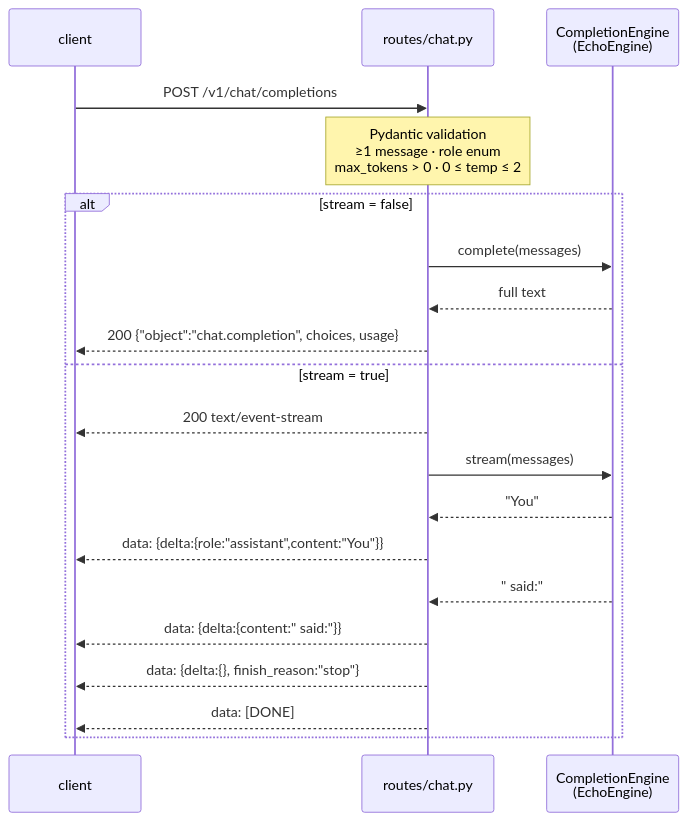
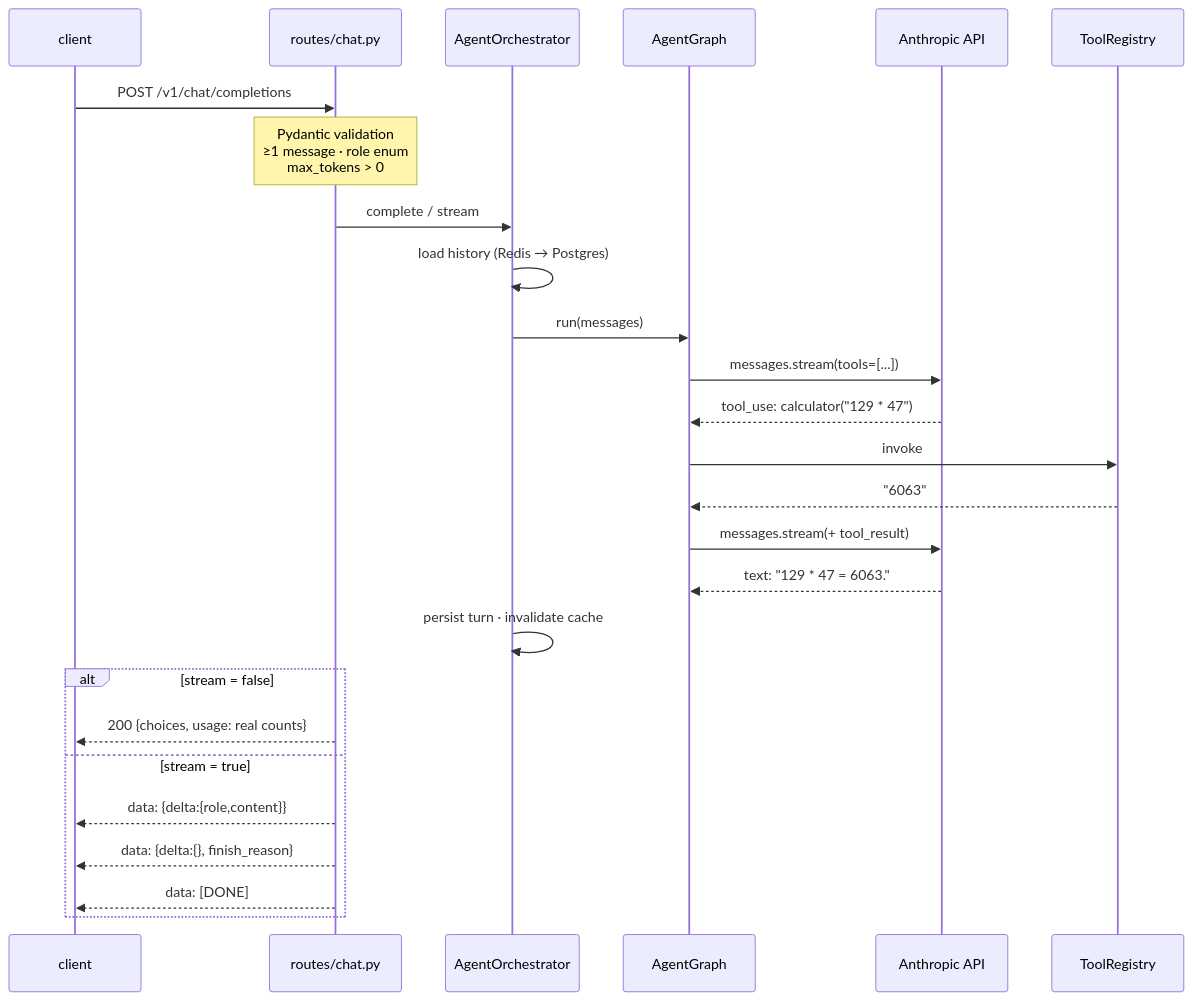
Before and after one commit to Zuleikha/production-llm-platform: the fourth of 6 diagrams in docs/architecture.md, drawn with Mermaid. The commit also changed other lines of this file and 53 other files, not shown here.

````diff
--- a/docs/architecture.md
+++ b/docs/architecture.md
@@ -123,24 +177,33 @@
 ```mermaid
 sequenceDiagram
     participant C as client
     participant R as routes/chat.py
-    participant E as CompletionEngine<br/>(EchoEngine)
+    participant O as AgentOrchestrator
+    participant G as AgentGraph
+    participant A as Anthropic API
+    participant T as ToolRegistry
 
     C->>R: POST /v1/chat/completions
-    Note over R: Pydantic validation<br/>≥1 message · role enum<br/>max_tokens > 0 · 0 ≤ temp ≤ 2
+    Note over R: Pydantic validation<br/>≥1 message · role enum<br/>max_tokens > 0
+
+    R->>O: complete / stream
+    O->>O: load history (Redis → Postgres)
+
+    O->>G: run(messages)
+    G->>A: messages.stream(tools=[...])
+    A-->>G: tool_use: calculator("129 * 47")
+    G->>T: invoke
+    T-->>G: "6063"
+    G->>A: messages.stream(+ tool_result)
+    A-->>G: text: "129 * 47 = 6063."
+
+    O->>O: persist turn · invalidate cache
 
     alt stream = false
-        R->>E: complete(messages)
-        E-->>R: full text
-        R-->>C: 200 {"object":"chat.completion", choices, usage}
+        R-->>C: 200 {choices, usage: real counts}
     else stream = true
-        R-->>C: 200 text/event-stream
-        R->>E: stream(messages)
-        E-->>R: "You"
-        R-->>C: data: {delta:{role:"assistant",content:"You"}}
-        E-->>R: " said:"
-        R-->>C: data: {delta:{content:" said:"}}
-        R-->>C: data: {delta:{}, finish_reason:"stop"}
+        R-->>C: data: {delta:{role,content}}
+        R-->>C: data: {delta:{}, finish_reason}
         R-->>C: data: [DONE]
     end
 ```
````
